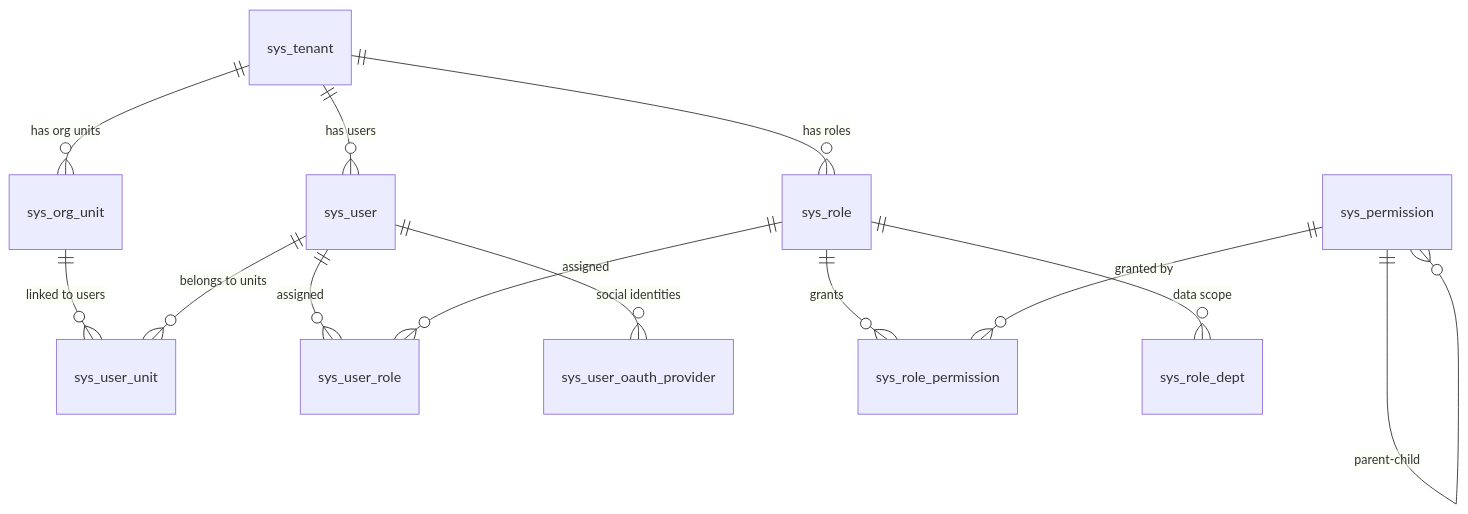
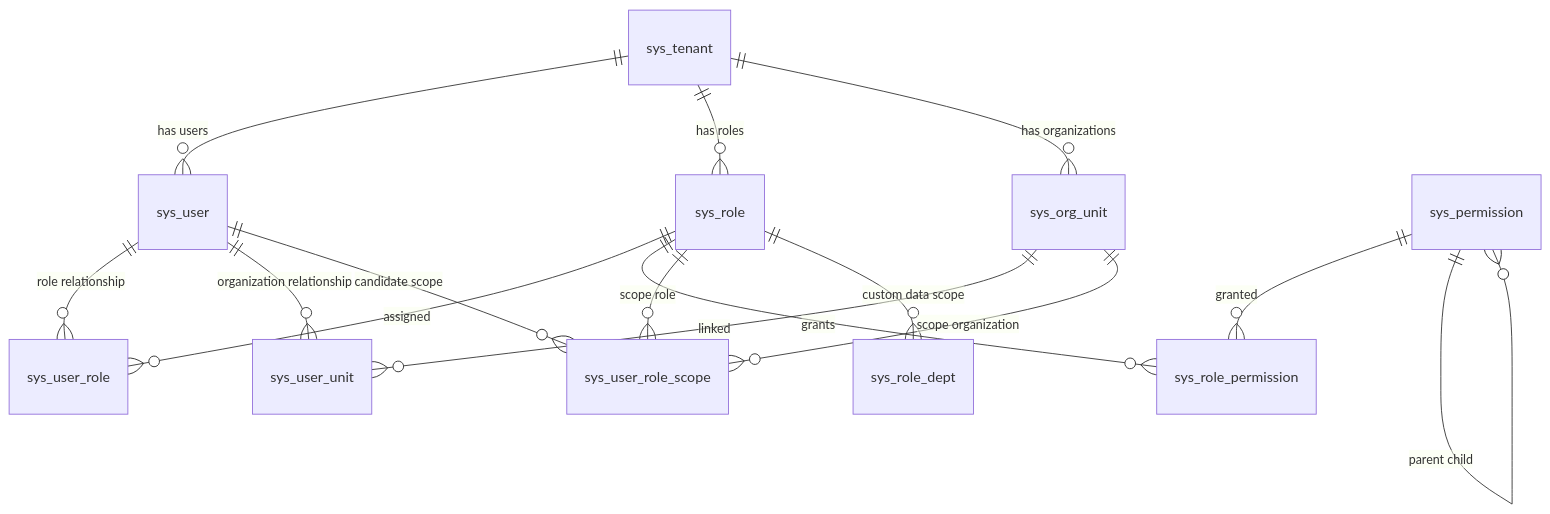
The diagram in docs/architecture.en.md (wang-baohai/Omni-Stack), drawn with Mermaid before and after one commit. The commit also changed other lines of this file and 1095 other files, not shown here.

````diff
--- a/docs/architecture.en.md
+++ b/docs/architecture.en.md
@@ -415,15 +280,17 @@
 ```mermaid
 erDiagram
     sys_tenant ||--o{ sys_user : "has users"
     sys_tenant ||--o{ sys_role : "has roles"
-    sys_tenant ||--o{ sys_org_unit : "has org units"
-    sys_org_unit ||--o{ sys_user_unit : "linked to users"
-    sys_user ||--o{ sys_user_unit : "belongs to units"
-    sys_user ||--o{ sys_user_role : "assigned"
-    sys_user ||--o{ sys_user_oauth_provider : "social identities"
+    sys_tenant ||--o{ sys_org_unit : "has organizations"
+    sys_user ||--o{ sys_user_role : "role relationship"
     sys_role ||--o{ sys_user_role : "assigned"
     sys_role ||--o{ sys_role_permission : "grants"
-    sys_role ||--o{ sys_role_dept : "data scope"
-    sys_permission ||--o{ sys_role_permission : "granted by"
-    sys_permission ||--o{ sys_permission : "parent-child"
+    sys_permission ||--o{ sys_role_permission : "granted"
+    sys_user ||--o{ sys_user_unit : "organization relationship"
+    sys_org_unit ||--o{ sys_user_unit : "linked"
+    sys_user ||--o{ sys_user_role_scope : "candidate scope"
+    sys_role ||--o{ sys_user_role_scope : "scope role"
+    sys_org_unit ||--o{ sys_user_role_scope : "scope organization"
+    sys_role ||--o{ sys_role_dept : "custom data scope"
+    sys_permission ||--o{ sys_permission : "parent child"
 ```
````
